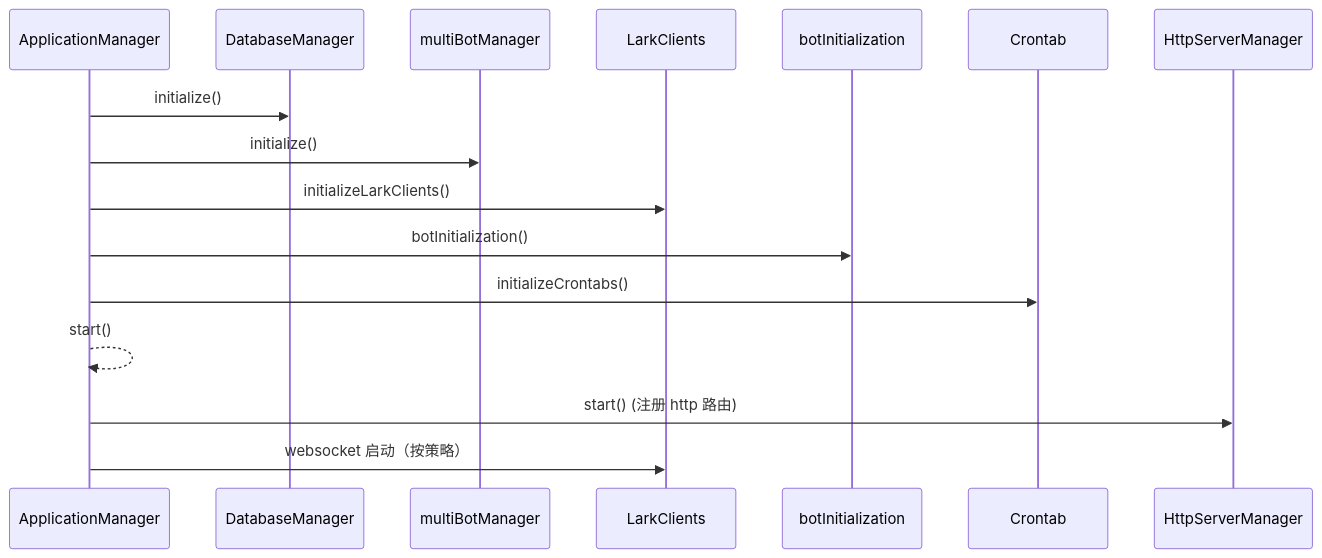
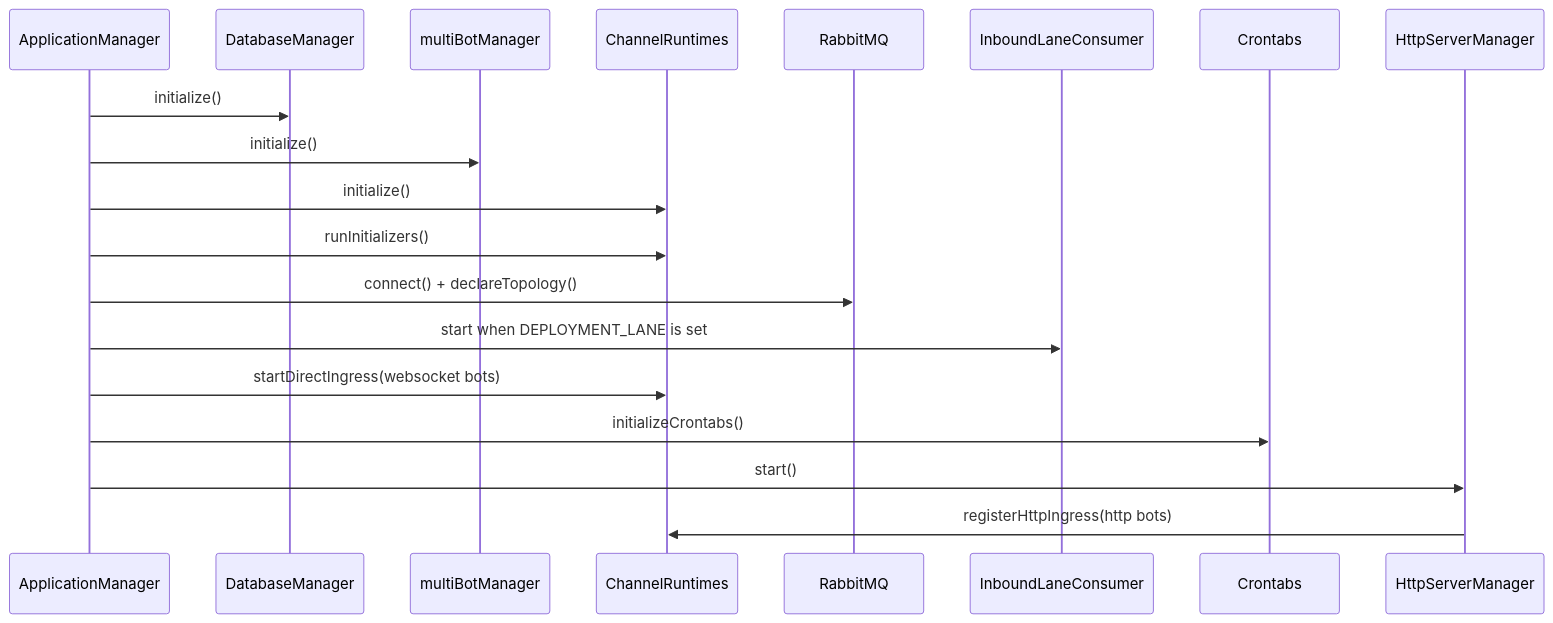
Before and after one commit to bezhai/chiwei-platform: the second of 2 diagrams in apps/channel-server/README.md, drawn with Mermaid. The commit also changed other lines of this file and 114 other files, not shown here.

First line of the commit message:
refactor: pluginize channel proxy lark flow (#248)

````diff
--- a/apps/channel-server/README.md
+++ b/apps/channel-server/README.md
@@ -54,19 +76,22 @@
 ```mermaid
 sequenceDiagram
   participant App as ApplicationManager
   participant DB as DatabaseManager
-  participant MBot as multiBotManager
-  participant Lark as LarkClients
-  participant BotInit as botInitialization
-  participant Cron as Crontab
+  participant Bot as multiBotManager
+  participant Runtime as ChannelRuntimes
+  participant MQ as RabbitMQ
+  participant Lane as InboundLaneConsumer
+  participant Cron as Crontabs
   participant HTTP as HttpServerManager
 
   App->>DB: initialize()
-  App->>MBot: initialize()
-  App->>Lark: initializeLarkClients()
-  App->>BotInit: botInitialization()
+  App->>Bot: initialize()
+  App->>Runtime: initialize()
+  App->>Runtime: runInitializers()
+  App->>MQ: connect() + declareTopology()
+  App->>Lane: start when DEPLOYMENT_LANE is set
+  App->>Runtime: startDirectIngress(websocket bots)
   App->>Cron: initializeCrontabs()
-  App-->>App: start()
-  App->>HTTP: start() (注册 http 路由)
-  App->>Lark: websocket 启动（按策略）
+  App->>HTTP: start()
+  HTTP->>Runtime: registerHttpIngress(http bots)
 ```
````
